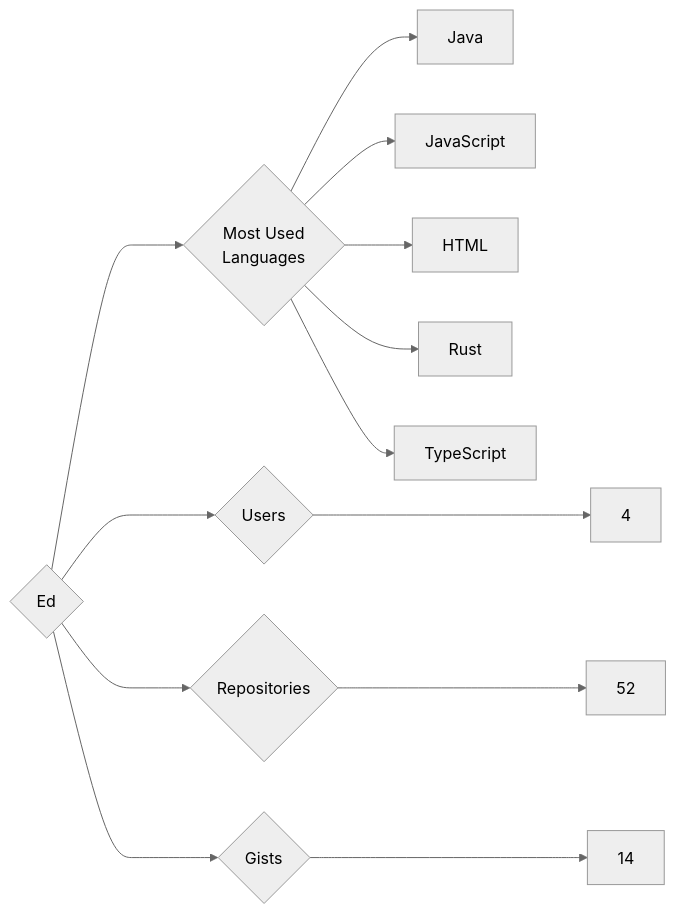
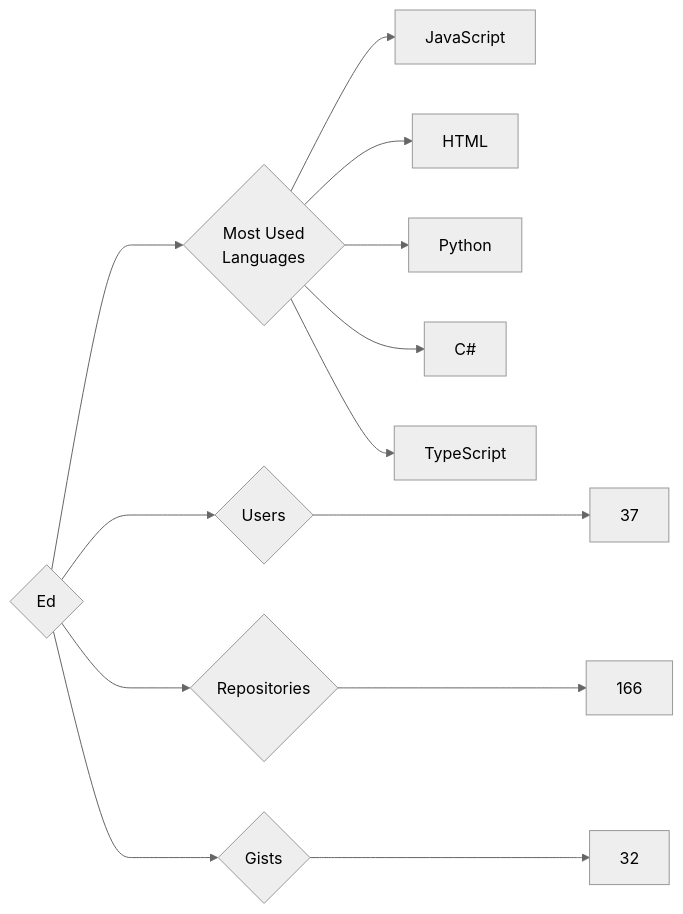
Before and after one commit to trickest/insiders: the diagram in targets/Ed/README.md, drawn with Mermaid (neutral theme). The commit also changed 715 other files, not shown here.

````diff
--- a/targets/Ed/README.md
+++ b/targets/Ed/README.md
@@ -3,13 +3,13 @@
 ```mermaid
 graph LR
 COMPANY_NAME{Ed}
-COMPANY_NAME ---> U{Users} ---> UN[4]
-COMPANY_NAME ---> R{Repositories} ---> RN[52]
-COMPANY_NAME ---> G{Gists} ---> GN[14]
+COMPANY_NAME ---> U{Users} ---> UN[37]
+COMPANY_NAME ---> R{Repositories} ---> RN[166]
+COMPANY_NAME ---> G{Gists} ---> GN[32]
 COMPANY_NAME ---> ML{Most Used<br>Languages}
-ML --> Java[Java]
 ML --> JavaScript[JavaScript]
 ML --> HTML[HTML]
-ML --> Rust[Rust]
+ML --> Python[Python]
+ML --> C#[C#]
 ML --> TypeScript[TypeScript]
 ```
````
